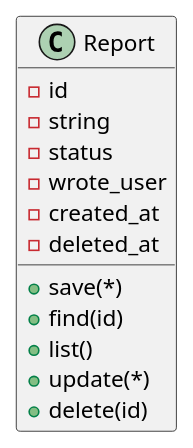
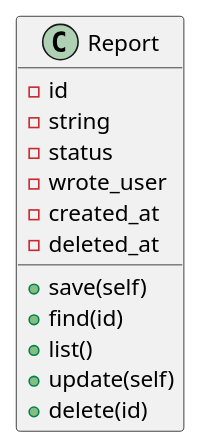
The diagram in 1.design/6.datasets/report.md (ito-masam/kpt-guard.doc), drawn with PlantUML before and after one commit.

Commit message:
datasetのreportを修正

```diff
--- a/1.design/6.datasets/report.md
+++ b/1.design/6.datasets/report.md
@@ -1,17 +1,17 @@
 @startuml
 
     class Report {
       - id
       - string
       - status
       - wrote_user
       - created_at
       - deleted_at
-      + save(*)
+      + save(self)
       + find(id)
       + list()
-      + update(*)
+      + update(self)
       + delete(id)
     }
 
 @enduml
```
